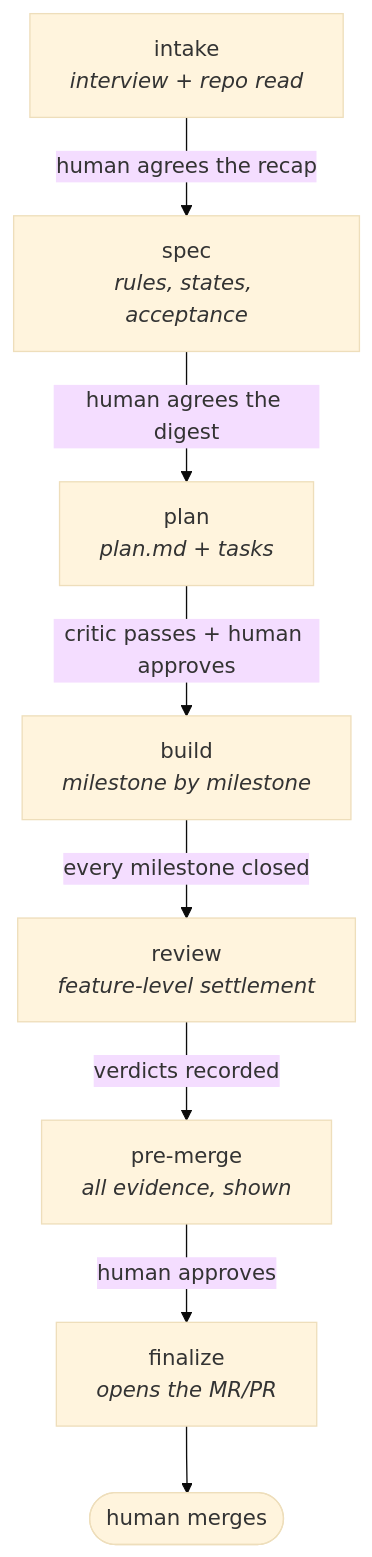
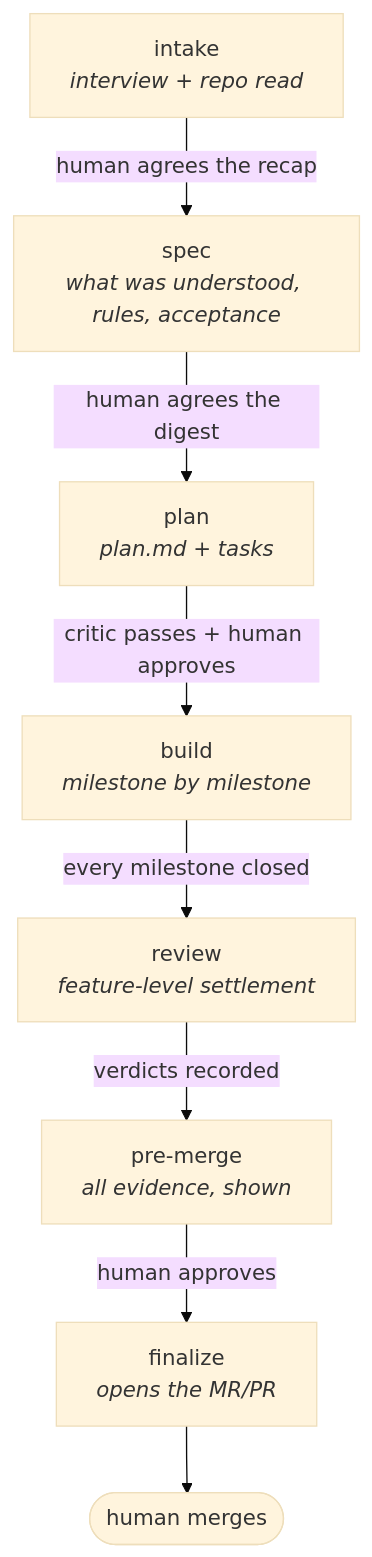
One commit to rachiddaoud/legion changed the diagram in README.md. Above: the diagram before and after it, drawn with Mermaid (base theme). The commit also changed 5 other files, not shown here.

````diff
--- a/README.md
+++ b/README.md
@@ -107,18 +107,18 @@
 ```mermaid
 flowchart TD
     I[intake<br/><i>interview + repo read</i>]
-    S[spec<br/><i>rules, states, acceptance</i>]
+    S[spec<br/><i>what was understood, rules, acceptance</i>]
     P[plan<br/><i>plan.md + tasks</i>]
     B[build<br/><i>milestone by milestone</i>]
     R[review<br/><i>feature-level settlement</i>]
     M[pre-merge<br/><i>all evidence, shown</i>]
     F[finalize<br/><i>opens the MR/PR</i>]
 
     I -->|human agrees the recap| S
     S -->|human agrees the digest| P
     P -->|critic passes + human approves| B
     B -->|every milestone closed| R
     R -->|verdicts recorded| M
     M -->|human approves| F
     F --> H([human merges])
 ```
````
